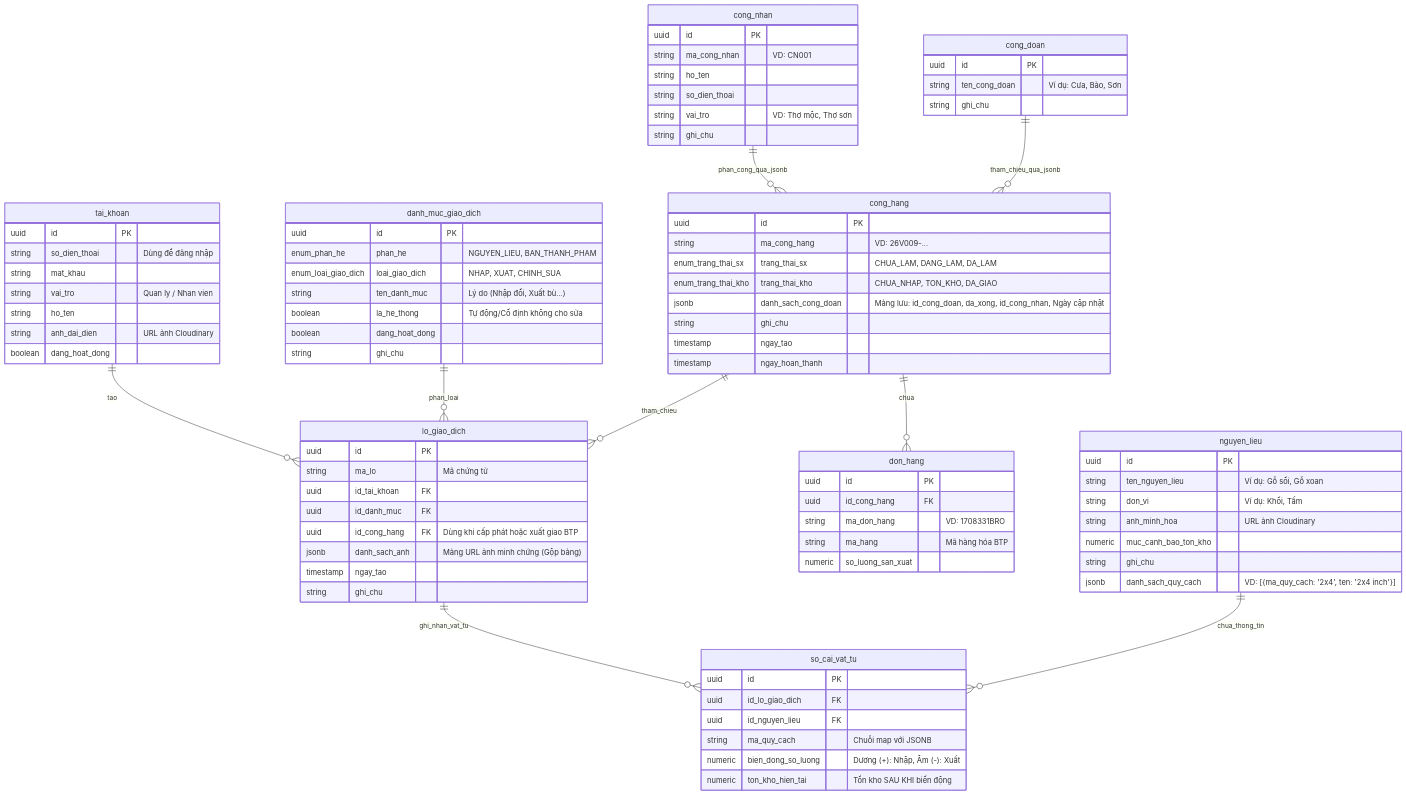
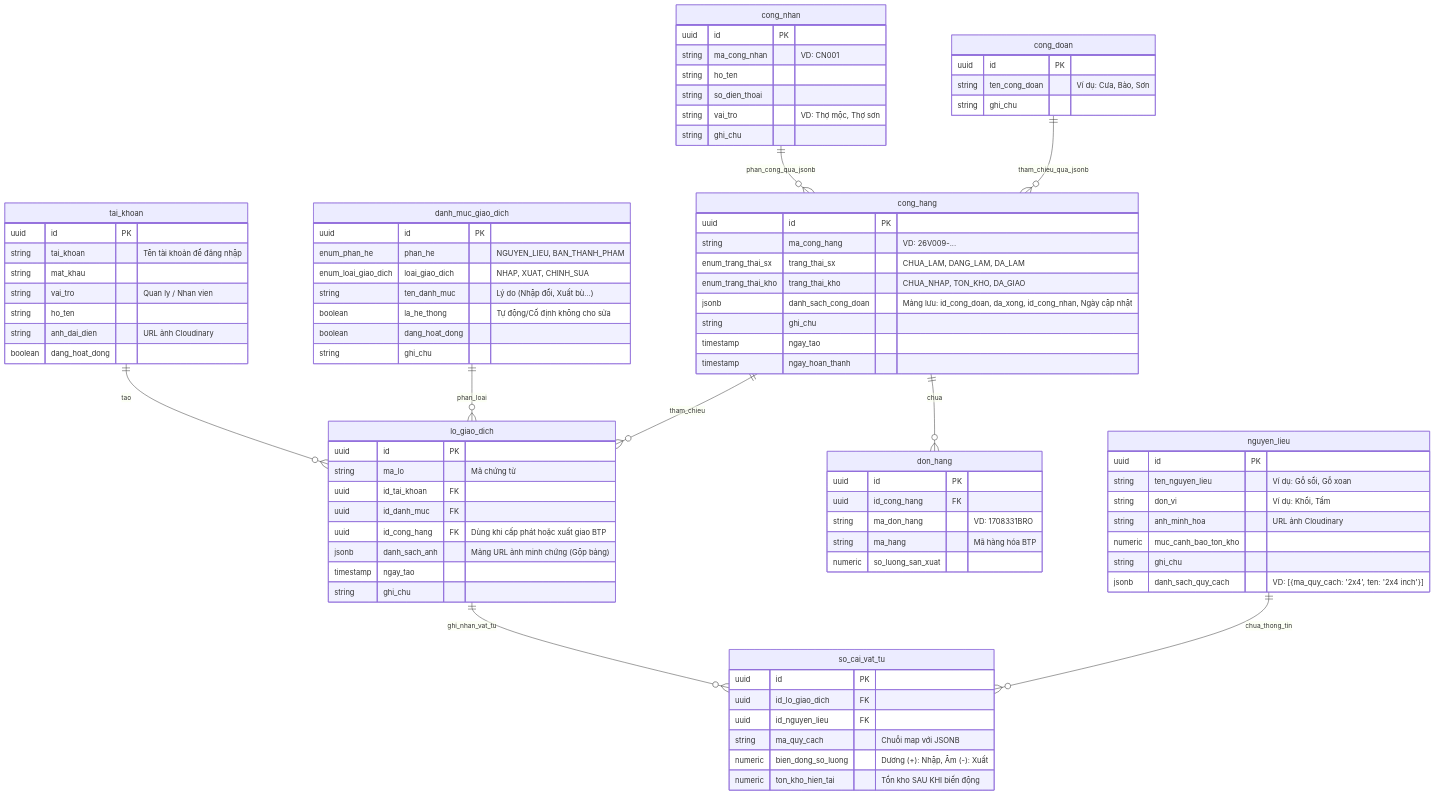
One commit to NMTcoderhihihi/itkeybay changed the diagram in docs/DATABASE_SCHEMA.md. Above: the diagram before and after it, drawn with Mermaid. The commit also changed 38 other files, not shown here.

```diff
--- a/docs/DATABASE_SCHEMA.md
+++ b/docs/DATABASE_SCHEMA.md
@@ -16,7 +16,7 @@
     %% ==========================================
     tai_khoan {
         uuid id PK
-        string so_dien_thoai "Dùng để đăng nhập"
+        string tai_khoan "Tên tài khoản để đăng nhập"
         string mat_khau
         string vai_tro "Quan ly / Nhan vien"
         string ho_ten
```
